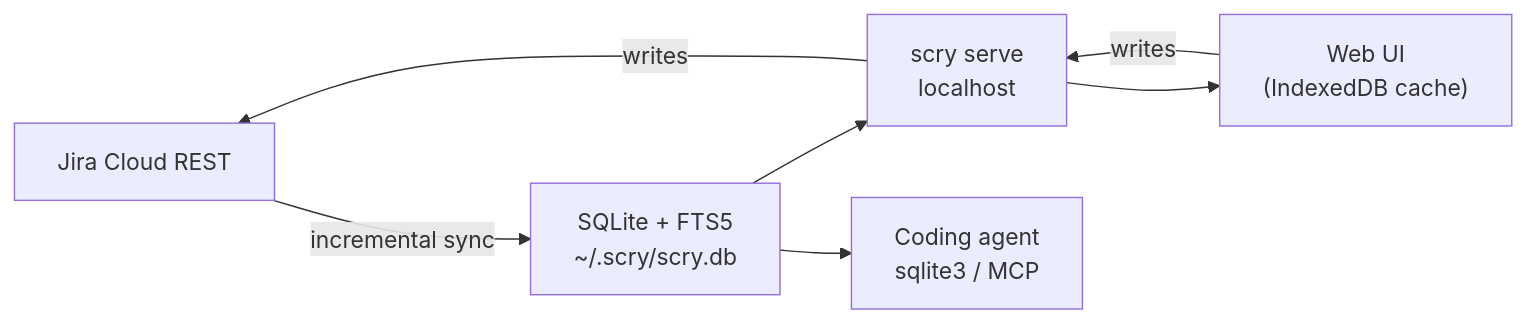
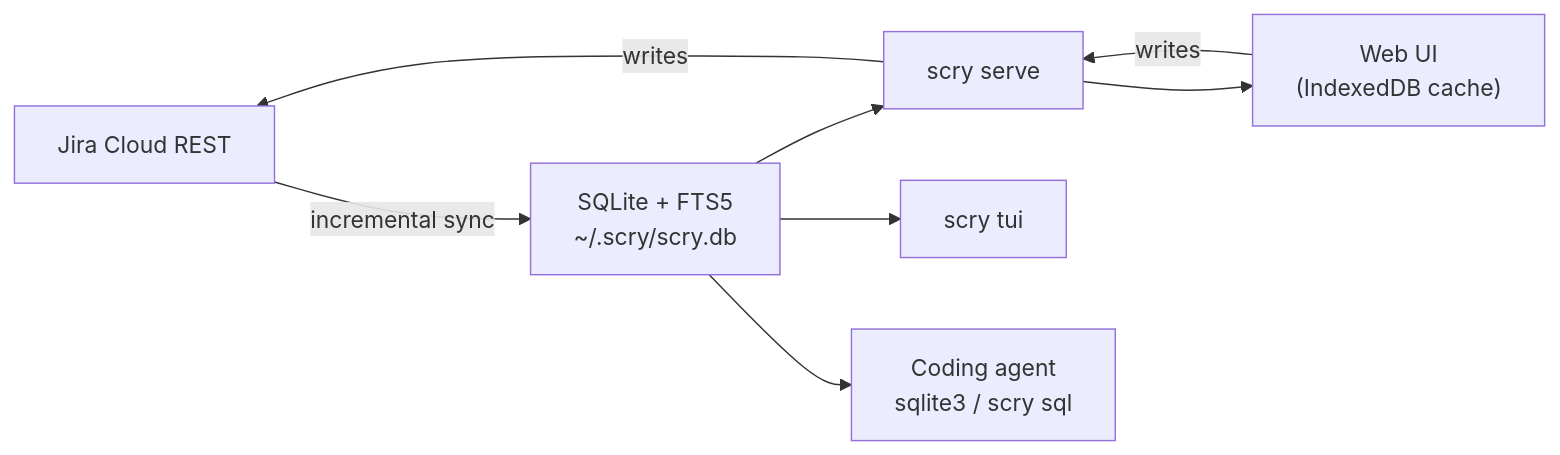
Before and after one commit to midagedev/gadak: the diagram in README.md, drawn with Mermaid. The commit also changed other lines of this file and 2 other files, not shown here.

````diff
--- a/README.md
+++ b/README.md
@@ -53,9 +162,10 @@
 ```mermaid
 flowchart LR
   Jira["Jira Cloud REST"] -->|"incremental sync"| DB["SQLite + FTS5<br/>~/.scry/scry.db"]
-  DB --> Serve["scry serve<br/>localhost"]
+  DB --> Serve["scry serve"]
   Serve --> UI["Web UI<br/>(IndexedDB cache)"]
-  DB --> Agent["Coding agent<br/>sqlite3 / MCP"]
+  DB --> TUI["scry tui"]
+  DB --> Agent["Coding agent<br/>sqlite3 / scry sql"]
   UI -->|"writes"| Serve
   Serve -->|"writes"| Jira
 ```
````
